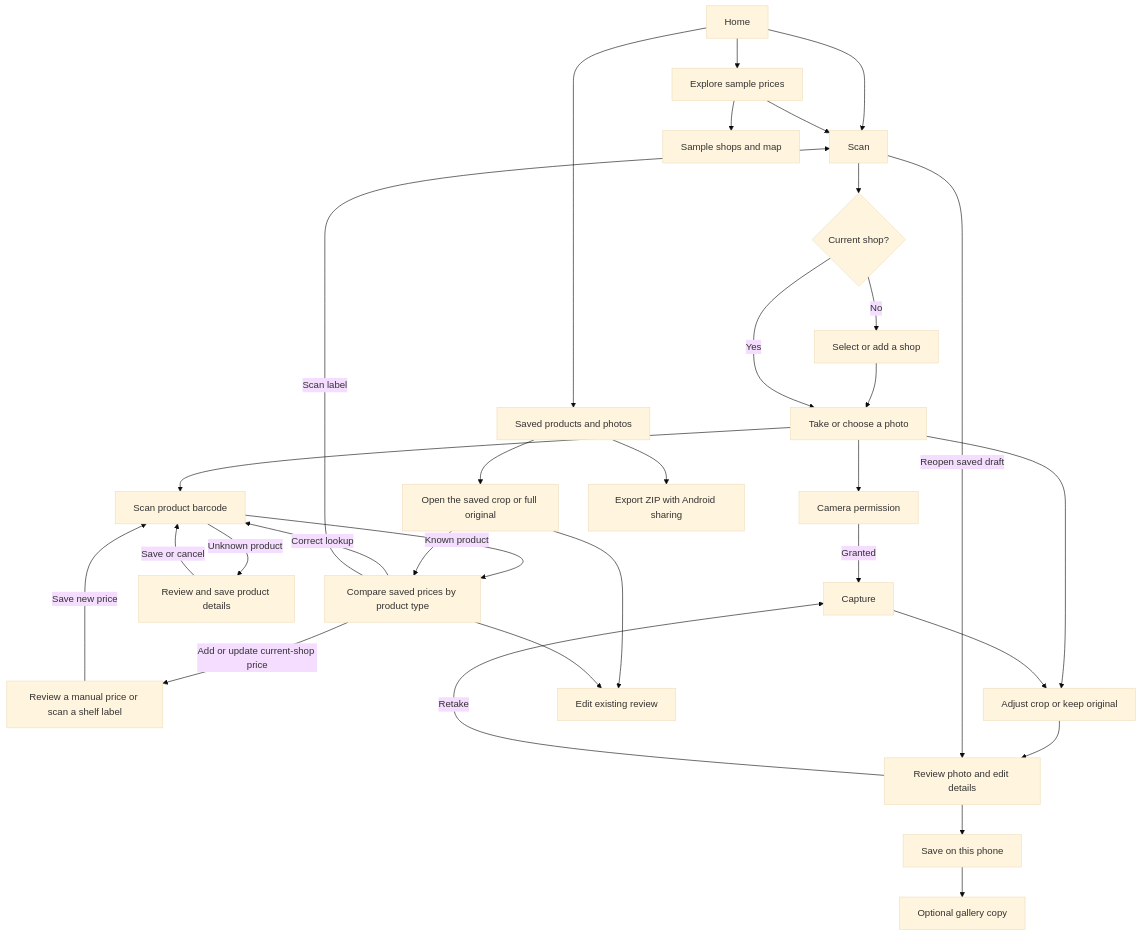
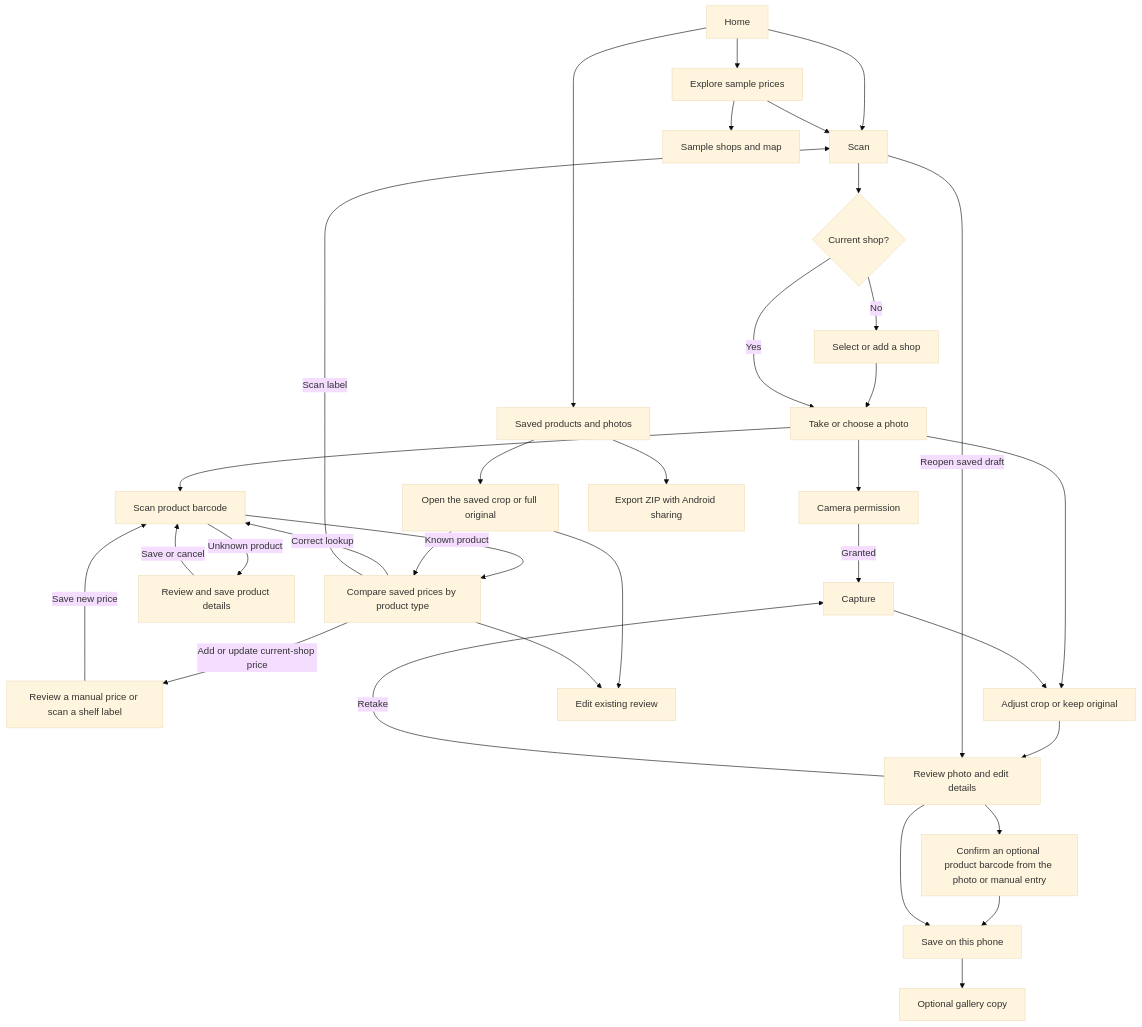
Before and after one commit to Maratatasan/cheapo-app: the diagram in docs/app-map.md, drawn with Mermaid (base theme). The commit also changed other lines of this file and 8 other files, not shown here.

Commit message:
Confirm and scan product barcodes in photo review

````diff
--- a/docs/app-map.md
+++ b/docs/app-map.md
@@ -14,34 +14,36 @@
 ```mermaid
 flowchart TD
     Home --> Scan
     Scan --> CurrentShop{"Current shop?"}
     CurrentShop -->|No| ChooseShop["Select or add a shop"]
     ChooseShop --> Source["Take or choose a photo"]
     CurrentShop -->|Yes| Source
     Source --> Barcode["Scan product barcode"]
     Barcode -->|Known product| Compare
     Compare -->|Correct lookup| Barcode
     Compare -->|Add or update current-shop price| PriceReview["Review a manual price or scan a shelf label"]
     PriceReview -->|Save new price| Barcode
     Barcode -->|Unknown product| AddProduct["Review and save product details"]
     AddProduct -->|Save or cancel| Barcode
     Source --> Permission["Camera permission"]
     Source --> Crop
     Permission -->|Granted| Capture
     Capture --> Crop["Adjust crop or keep original"]
     Crop --> Review["Review photo and edit details"]
     Review -->|Retake| Capture
-    Review --> Save["Save on this phone"]
+    Review --> BarcodeReview["Confirm an optional product barcode from the photo or manual entry"]
+    BarcodeReview --> Save["Save on this phone"]
+    Review --> Save
     Save --> Gallery["Optional gallery copy"]
     Home --> Saved["Saved products and photos"]
     Saved --> SavedPhoto["Open the saved crop or full original"]
     SavedPhoto --> Compare["Compare saved prices by product type"]
     SavedPhoto --> Edit["Edit existing review"]
     Compare --> Edit
     Compare -->|Scan label| Scan
     Saved --> Export["Export ZIP with Android sharing"]
     Scan -->|Reopen saved draft| Review
     Home --> Results["Explore sample prices"]
     Results --> Shops["Sample shops and map"]
     Results --> Scan
 ```
````
